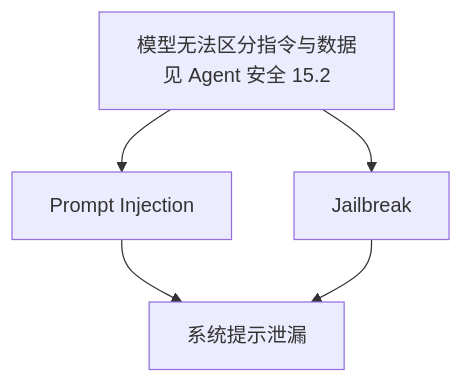
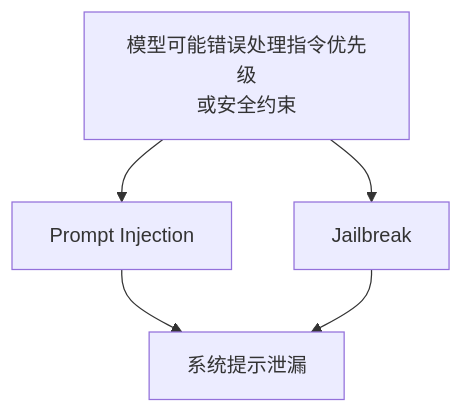
Before and after one commit to oneleaveknowsthefall/awesome-ai-roadmap: the first of 2 diagrams in docs/safety/02-prompt-content-attacks/02-prompt-injection-jailbreak-system-prompt-leakage.md, drawn with Mermaid. The commit also changed other lines of this file and 26 other files, not shown here.

````diff
--- a/docs/safety/02-prompt-content-attacks/02-prompt-injection-jailbreak-system-prompt-leakage.md
+++ b/docs/safety/02-prompt-content-attacks/02-prompt-injection-jailbreak-system-prompt-leakage.md
@@ -15,7 +19,7 @@
 ```mermaid
 flowchart TB
-    ROOT["模型无法区分指令与数据<br/>见 Agent 安全 15.2"] --> PI[Prompt Injection]
+    ROOT["模型可能错误处理指令优先级<br/>或安全约束"] --> PI[Prompt Injection]
     ROOT --> JB[Jailbreak]
     PI --> SPL[系统提示泄漏]
     JB --> SPL
 ```
````
